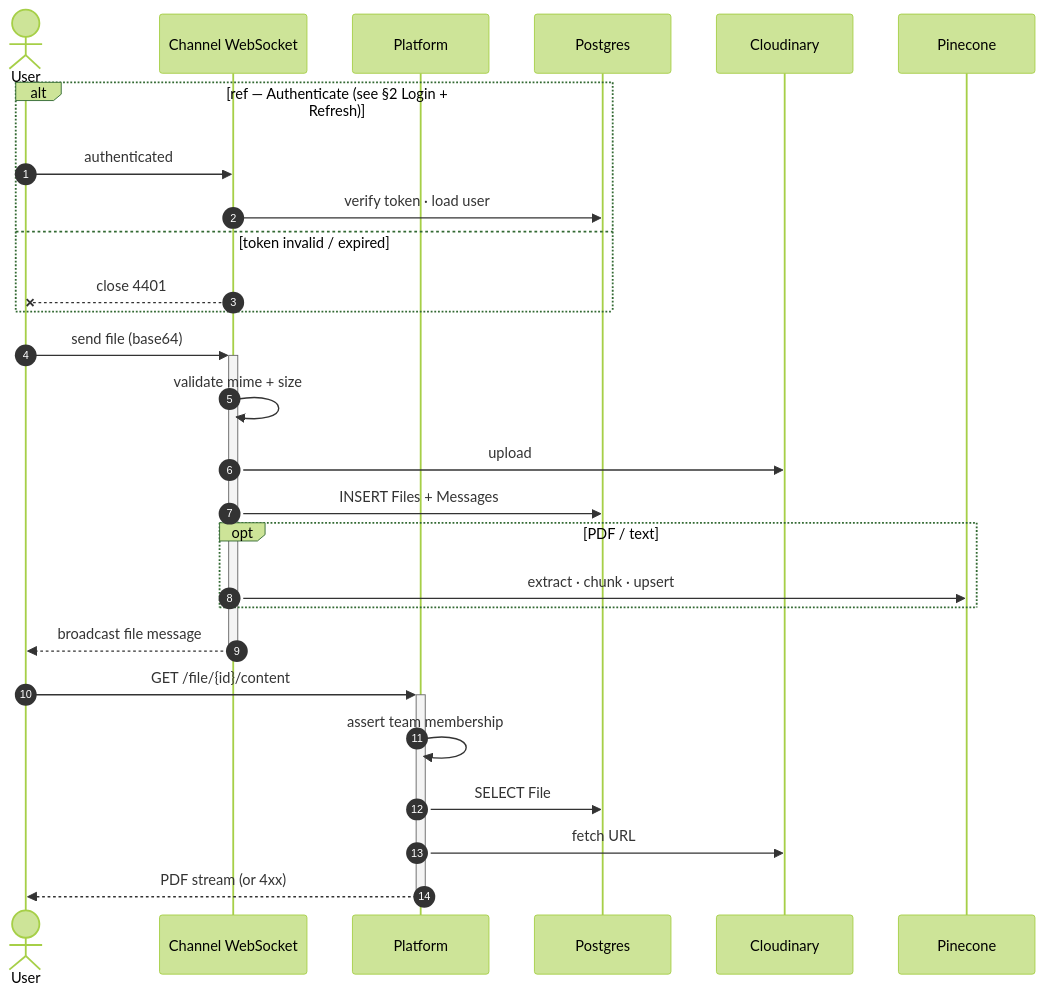
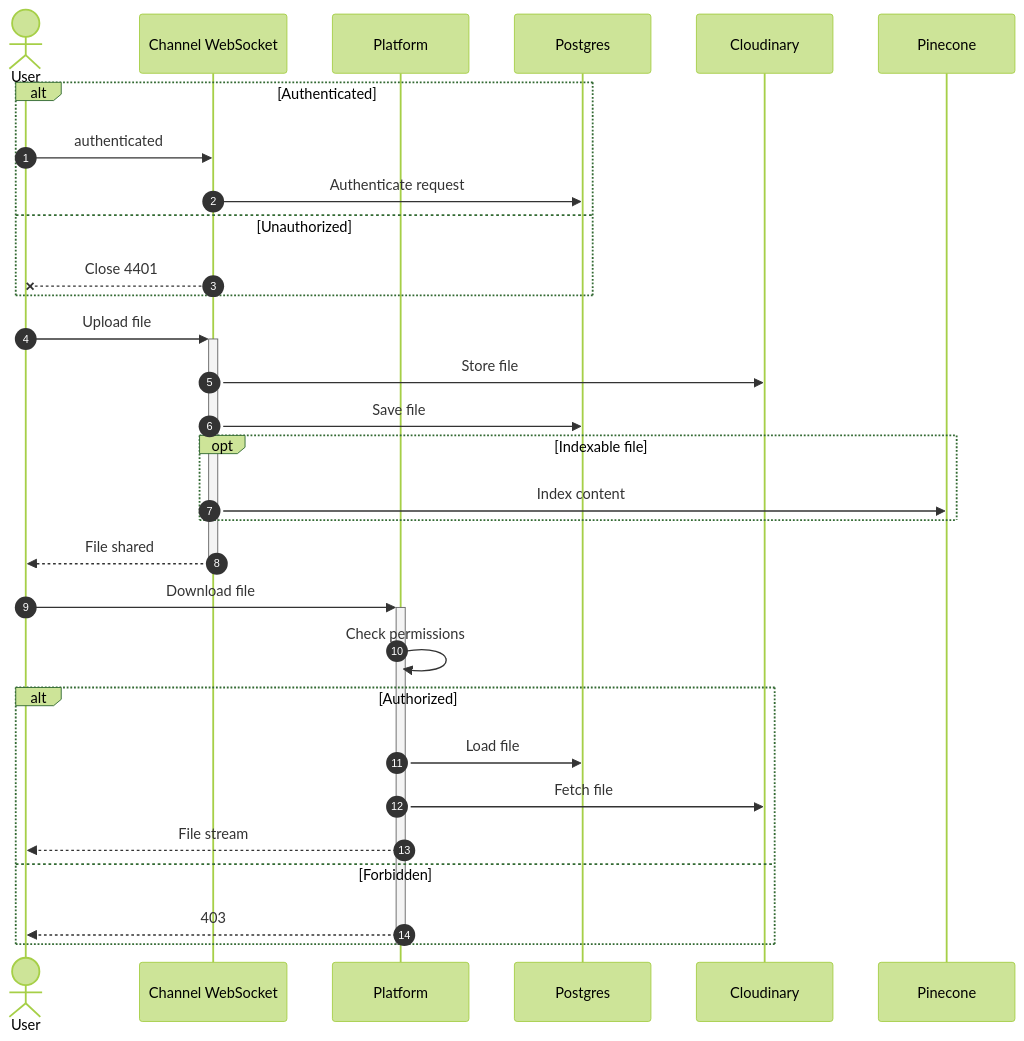
Before and after one commit to MohamedChebbi123/teamnest: the tenth of 16 diagrams in docs/SEQUENCE_DIAGRAMS.md, drawn with Mermaid (forest theme). The commit also changed other lines of this file, not shown here.

````diff
--- a/docs/SEQUENCE_DIAGRAMS.md
+++ b/docs/SEQUENCE_DIAGRAMS.md
@@ -300,32 +355,36 @@
 ```mermaid
 sequenceDiagram
     autonumber
     actor User
     participant WS as Channel WebSocket
     participant API as Platform
     participant DB as Postgres
     participant Cloud as Cloudinary
     participant Vec as Pinecone
 
-    alt ref — Authenticate (see §2 Login + Refresh)
+    alt Authenticated
         User->>WS: authenticated
-        WS->>DB: verify token · load user
-    else token invalid / expired
-        WS--xUser: close 4401
+        WS->>DB: Authenticate request
+    else Unauthorized
+        WS--xUser: Close 4401
     end
 
-    User->>+WS: send file (base64)
-    WS->>WS: validate mime + size
-    WS->>Cloud: upload
-    WS->>DB: INSERT Files + Messages
-    opt PDF / text
-        WS->>Vec: extract · chunk · upsert
+    User->>+WS: Upload file
+    WS->>Cloud: Store file
+    WS->>DB: Save file
+    opt Indexable file
+        WS->>Vec: Index content
     end
-    WS-->>-User: broadcast file message
+    WS-->>-User: File shared
 
-    User->>+API: GET /file/{id}/content
-    API->>API: assert team membership
-    API->>DB: SELECT File
-    API->>Cloud: fetch URL
-    API-->>-User: PDF stream (or 4xx)
+    User->>+API: Download file
+    API->>API: Check permissions
+    alt Authorized
+        API->>DB: Load file
+        API->>Cloud: Fetch file
+        API-->>User: File stream
+    else Forbidden
+        API-->>User: 403
+    end
+    deactivate API
 ```
````
